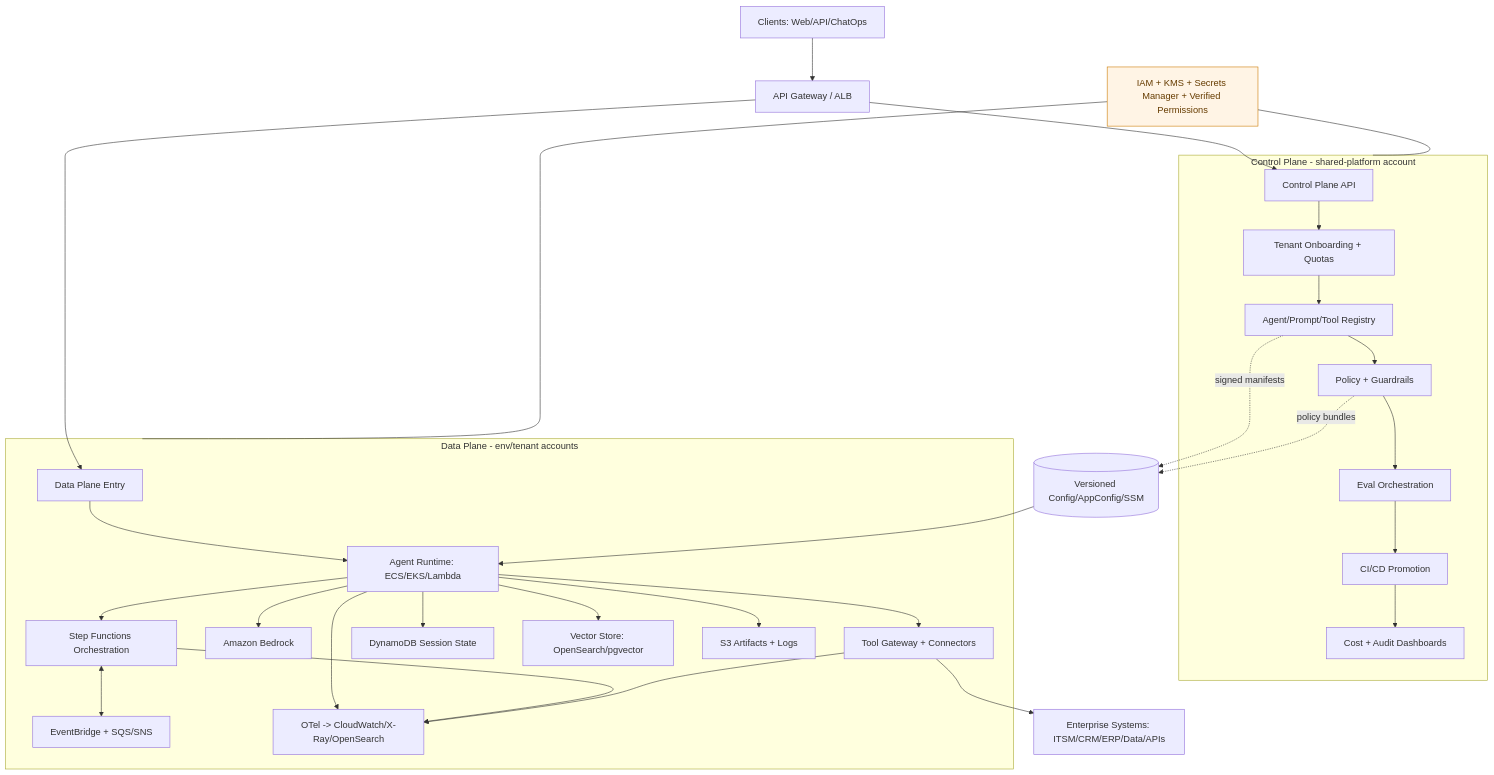
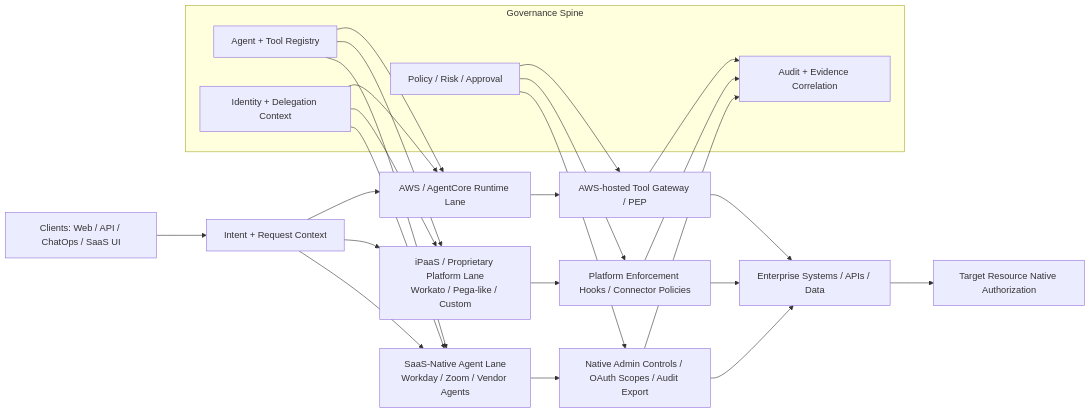
Before and after one commit to wit-oc/aws-agentic-platform-standard: the diagram in README.md, drawn with Mermaid. The commit also changed other lines of this file and 25 other files, not shown here.

First line of the commit message:
docs: add AgentCore prototype architecture package

````diff
--- a/README.md
+++ b/README.md
@@ -15,51 +30,37 @@
 ```mermaid
-flowchart TB
-    U[Clients: Web/API/ChatOps] --> AGW[API Gateway / ALB]
-    AGW --> CPAPI[Control Plane API]
-    AGW --> DPENTRY[Data Plane Entry]
+flowchart LR
+    C[Clients: Web / API / ChatOps / SaaS UI] --> INTENT[Intent + Request Context]
 
-    subgraph CP[Control Plane - shared-platform account]
-      CP1[Tenant Onboarding + Quotas]
-      CP2[Agent/Prompt/Tool Registry]
-      CP3[Policy + Guardrails]
-      CP4[Eval Orchestration]
-      CP5[CI/CD Promotion]
-      CP6[Cost + Audit Dashboards]
-      CPAPI --> CP1 --> CP2 --> CP3 --> CP4 --> CP5 --> CP6
+    subgraph GOV[Governance Spine]
+      REG[Agent + Tool Registry]
+      POL[Policy / Risk / Approval]
+      AUD[Audit + Evidence Correlation]
+      ID[Identity + Delegation Context]
     end
 
-    CP2 -. signed manifests .-> DPCFG[(Versioned Config/AppConfig/SSM)]
-    CP3 -. policy bundles .-> DPCFG
+    INTENT --> AWSLANE[AWS / AgentCore Runtime Lane]
+    INTENT --> IPAAS[iPaaS / Proprietary Platform Lane\nWorkato / Pega-like / Custom]
+    INTENT --> SAAS[SaaS-Native Agent Lane\nWorkday / Zoom / Vendor Agents]
 
-    subgraph DP[Data Plane - env/tenant accounts]
-      DPA[Agent Runtime: ECS/EKS/Lambda]
-      ORCH[Step Functions Orchestration]
-      EVT[EventBridge + SQS/SNS]
-      BED[Amazon Bedrock]
-      TOOL[Tool Gateway + Connectors]
-      MEM1[DynamoDB Session State]
-      MEM2[Vector Store: OpenSearch/pgvector]
-      MEM3[S3 Artifacts + Logs]
-      OBS[OTel -> CloudWatch/X-Ray/OpenSearch]
+    AWSLANE --> GW[AWS-hosted Tool Gateway / PEP]
+    IPAAS --> IPAASGW[Platform Enforcement Hooks / Connector Policies]
+    SAAS --> SAASCTRL[Native Admin Controls / OAuth Scopes / Audit Export]
 
-      DPENTRY --> DPA --> ORCH
-      ORCH <--> EVT
-      DPA --> BED
-      DPA --> TOOL
-      DPA --> MEM1
-      DPA --> MEM2
-      DPA --> MEM3
-      DPA --> OBS
-      ORCH --> OBS
-      TOOL --> OBS
-    end
+    REG --> AWSLANE
+    REG --> IPAAS
+    REG --> SAAS
+    ID --> AWSLANE
+    ID --> IPAAS
+    ID --> SAAS
+    POL --> GW
+    POL --> IPAASGW
+    POL --> SAASCTRL
+    GW --> AUD
+    IPAASGW --> AUD
+    SAASCTRL --> AUD
 
-    DPCFG --> DPA
-    TOOL --> SYS[Enterprise Systems: ITSM/CRM/ERP/Data/APIs]
-
-    SEC[IAM + KMS + Secrets Manager + Verified Permissions]:::sec
-    SEC --- CP
-    SEC --- DP
-
-    classDef sec fill:#fff4e5,stroke:#cc7a00,color:#663c00
+    GW --> SYS[Enterprise Systems / APIs / Data]
+    IPAASGW --> SYS
+    SAASCTRL --> SYS
+    SYS --> AUTHZ[Target Resource Native Authorization]
 ```
````
